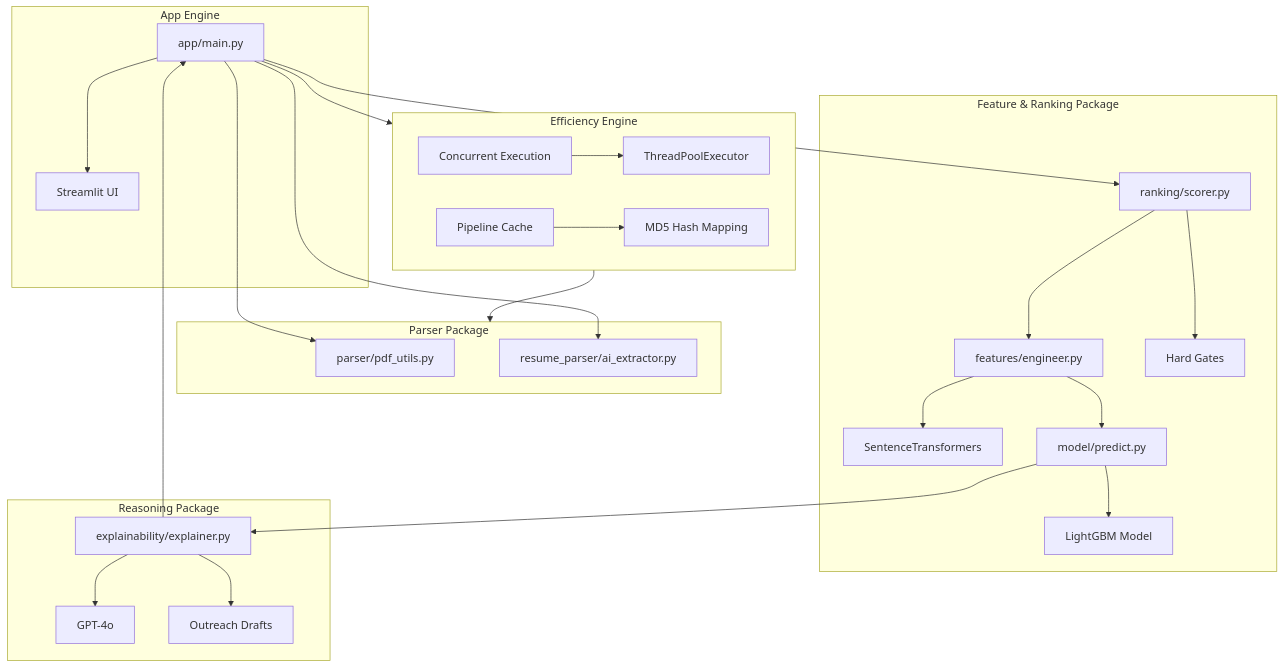
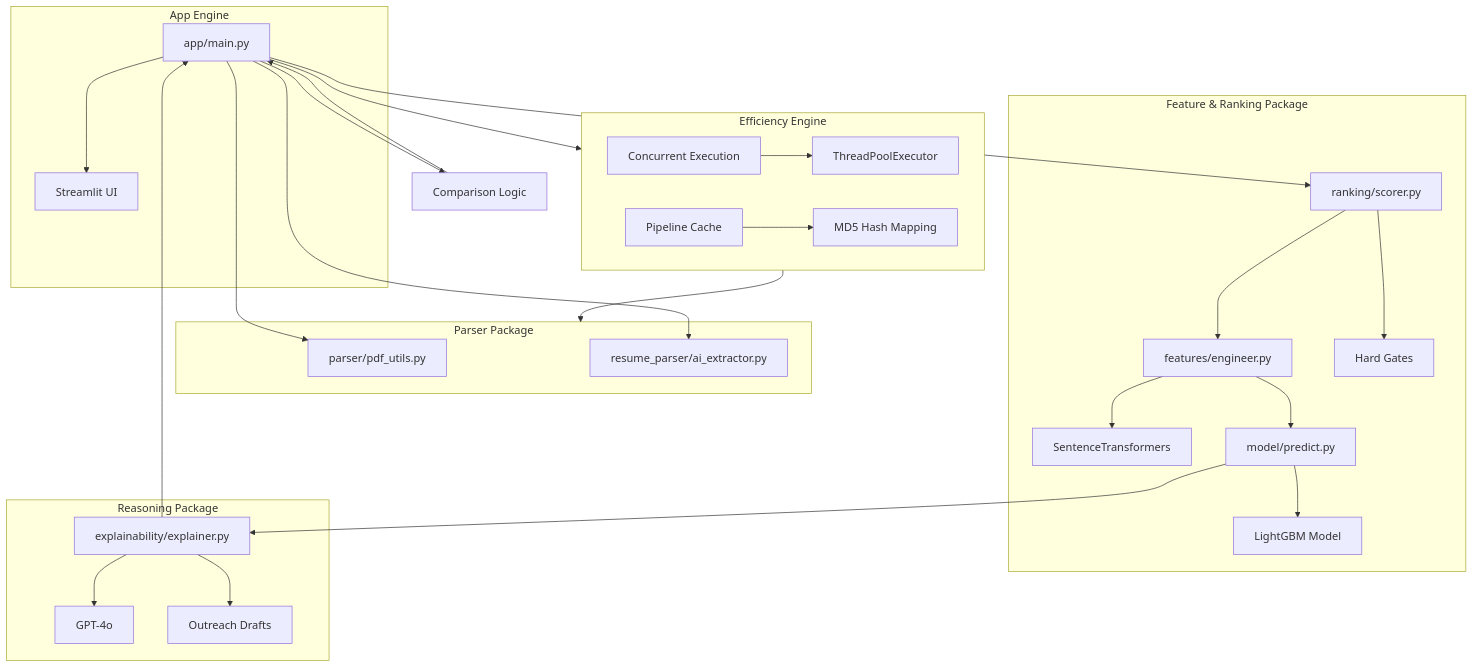
The first of 5 diagrams in README.md (anshul4510/RecruitIQ), drawn with Mermaid before and after one commit. The commit also changed other lines of this file and 2 other files, not shown here.

````diff
--- a/README.md
+++ b/README.md
@@ -30,35 +43,37 @@
 ```mermaid
 graph TD
     subgraph Frontend_App [App Engine]
         Main[app/main.py] --> Dashboard[Streamlit UI]
     end
 
     subgraph Data_Extraction [Parser Package]
         Main --> PDF[parser/pdf_utils.py]
         Main --> Extract[resume_parser/ai_extractor.py]
     end
 
     subgraph Analysis_Intelligence [Feature & Ranking Package]
         Engineer[features/engineer.py] --> SBERT[SentenceTransformers]
         Scorer[ranking/scorer.py] --> Filter[Hard Gates]
         Predictor[model/predict.py] --> LGBM[LightGBM Model]
     end
 
     subgraph Explainability_Layer [Reasoning Package]
         AI[explainability/explainer.py] --> GPT[GPT-4o]
         AI --> Outreach[Outreach Drafts]
     end
 
     subgraph Optimization_Layer [Efficiency Engine]
         Thread[Concurrent Execution] --> Multi[ThreadPoolExecutor]
         Cache[Pipeline Cache] --> Persistence[MD5 Hash Mapping]
     end
 
     Main --> Optimization_Layer
     Optimization_Layer --> Data_Extraction
     Main --> Scorer
     Scorer --> Engineer
     Engineer --> Predictor
     Predictor --> AI
     AI --> Main
+    Main --> Comparison[Comparison Logic]
+    Comparison --> Main
 ```
````
